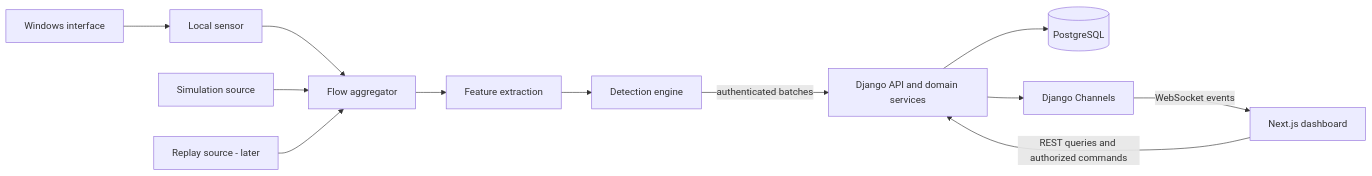
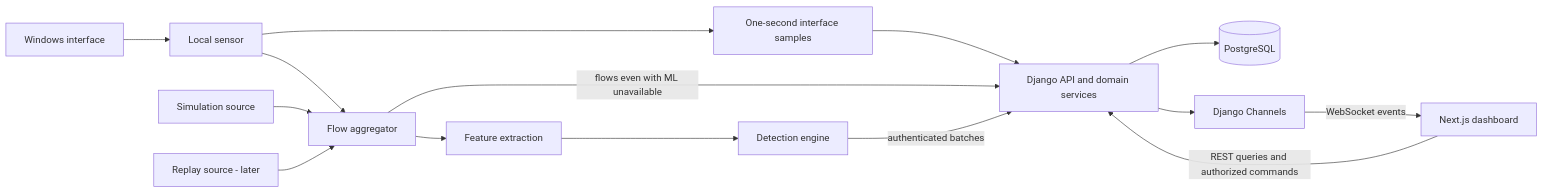
Before and after one commit to hariharan4814/NetSentinel-upgraded: the diagram in docs/ARCHITECTURE.md, drawn with Mermaid. The commit also changed other lines of this file and 13 other files, not shown here.

Commit message:
docs: complete NetSentinel Sprint 0 architecture

````diff
--- a/docs/ARCHITECTURE.md
+++ b/docs/ARCHITECTURE.md
@@ -7,14 +7,17 @@
 ```mermaid
 flowchart LR
   W[Windows interface] --> S[Local sensor]
   S --> A[Flow aggregator]
+  S --> M[One-second interface samples]
+  M --> B
   SIM[Simulation source] --> A
   REP[Replay source - later] --> A
   A --> F[Feature extraction]
   F --> D[Detection engine]
+  A -->|flows even with ML unavailable| B
   D -->|authenticated batches| B[Django API and domain services]
   B --> P[(PostgreSQL)]
   B --> C[Django Channels]
   C -->|WebSocket events| UI[Next.js dashboard]
   UI -->|REST queries and authorized commands| B
 ```
````
